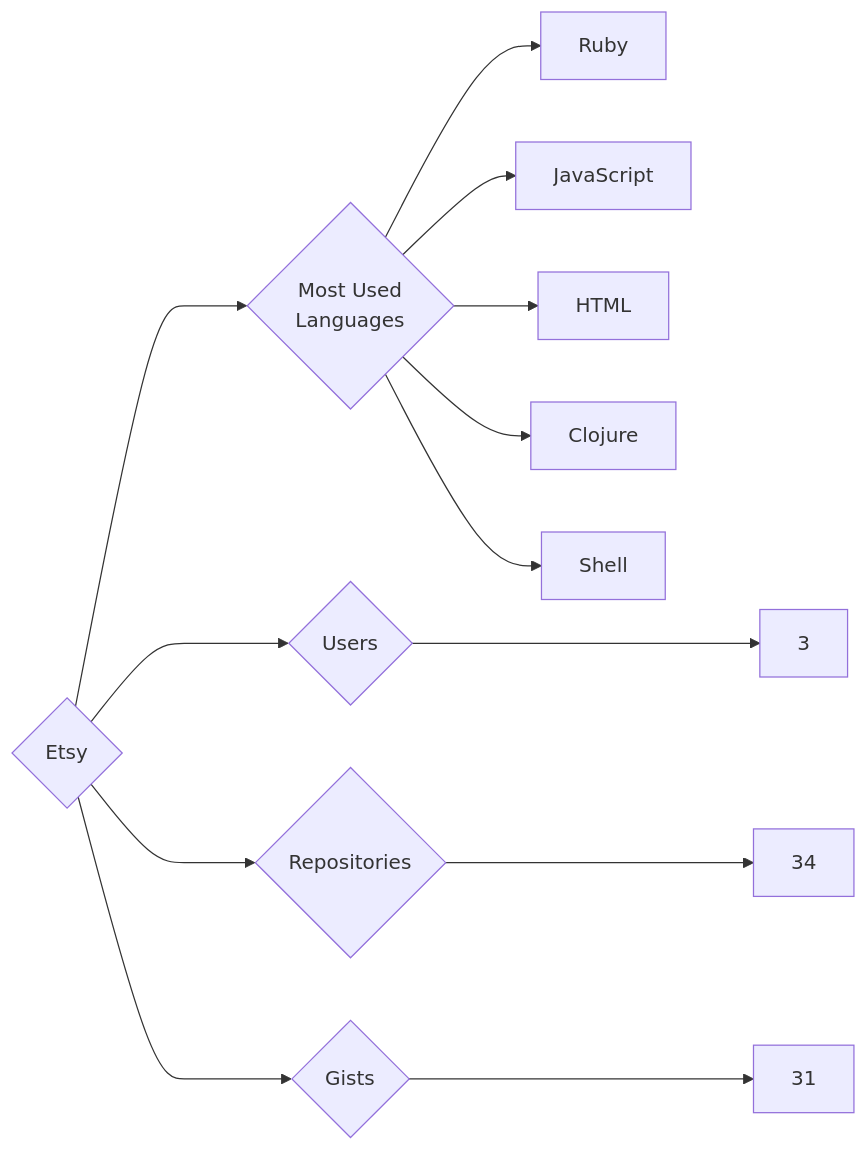
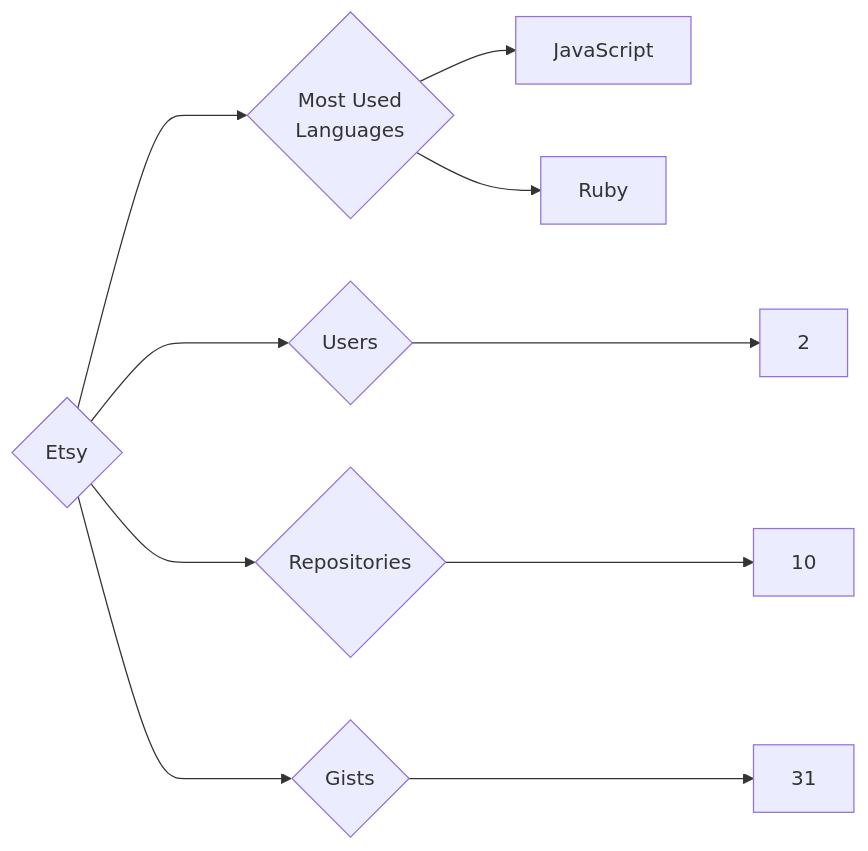
One commit to trickest/insiders changed the diagram in targets/Etsy/README.md. Above: the diagram before and after it, drawn with Mermaid. The commit also changed 1092 other files, not shown here.

````diff
--- a/targets/Etsy/README.md
+++ b/targets/Etsy/README.md
@@ -3,13 +3,10 @@
 ```mermaid
 graph LR
 COMPANY_NAME{Etsy}
-COMPANY_NAME ---> U{Users} ---> UN[3]
-COMPANY_NAME ---> R{Repositories} ---> RN[34]
+COMPANY_NAME ---> U{Users} ---> UN[2]
+COMPANY_NAME ---> R{Repositories} ---> RN[10]
 COMPANY_NAME ---> G{Gists} ---> GN[31]
 COMPANY_NAME ---> ML{Most Used<br>Languages}
+ML --> JavaScript[JavaScript]
 ML --> Ruby[Ruby]
-ML --> JavaScript[JavaScript]
-ML --> HTML[HTML]
-ML --> Clojure[Clojure]
-ML --> Shell[Shell]
 ```
````
